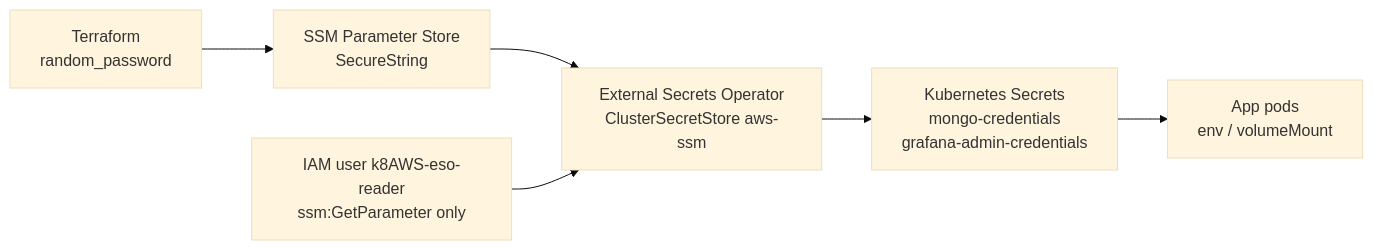
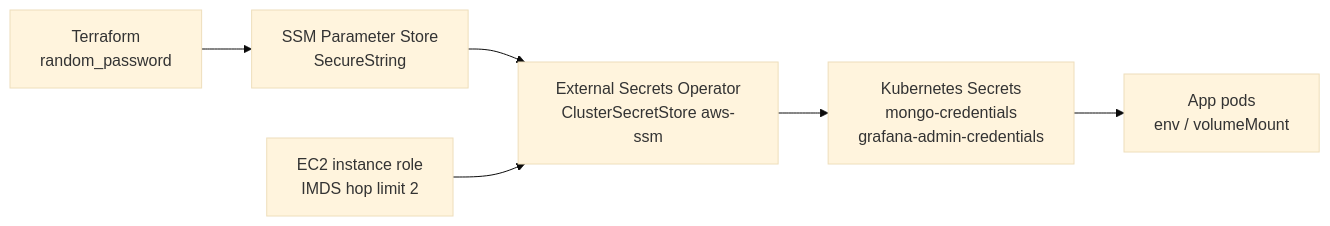
One commit to sanjeev0120test/k8AWS changed the sixth of 6 diagrams in README.md. Above: the diagram before and after it, drawn with Mermaid (base theme). The commit also changed other lines of this file and 8 other files, not shown here.

````diff
--- a/README.md
+++ b/README.md
@@ -648,9 +643,9 @@
 ```mermaid
 flowchart LR
     TF["Terraform<br/>random_password"] --> SSM["SSM Parameter Store<br/>SecureString"]
     SSM --> ESO["External Secrets Operator<br/>ClusterSecretStore aws-ssm"]
     ESO --> KS["Kubernetes Secrets<br/>mongo-credentials<br/>grafana-admin-credentials"]
     KS --> POD["App pods<br/>env / volumeMount"]
 
-    IAM["IAM user k8AWS-eso-reader<br/>ssm:GetParameter only"] --> ESO
+    EC2["EC2 instance role<br/>IMDS hop limit 2"] --> ESO
 ```
````
